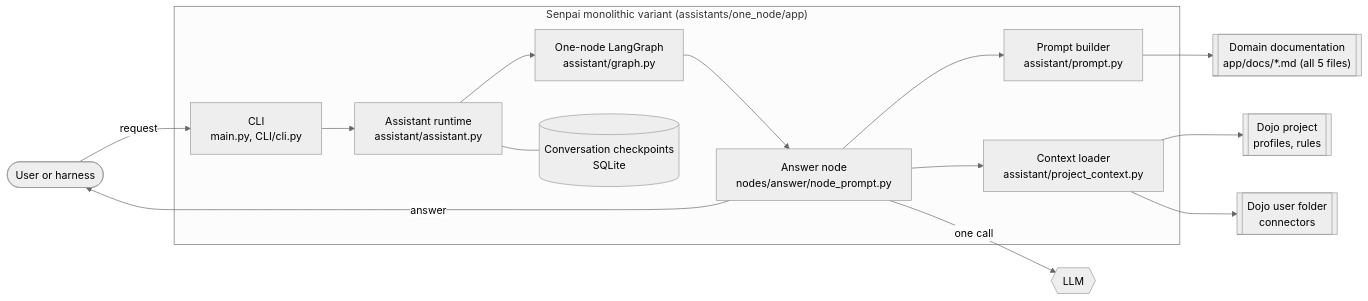
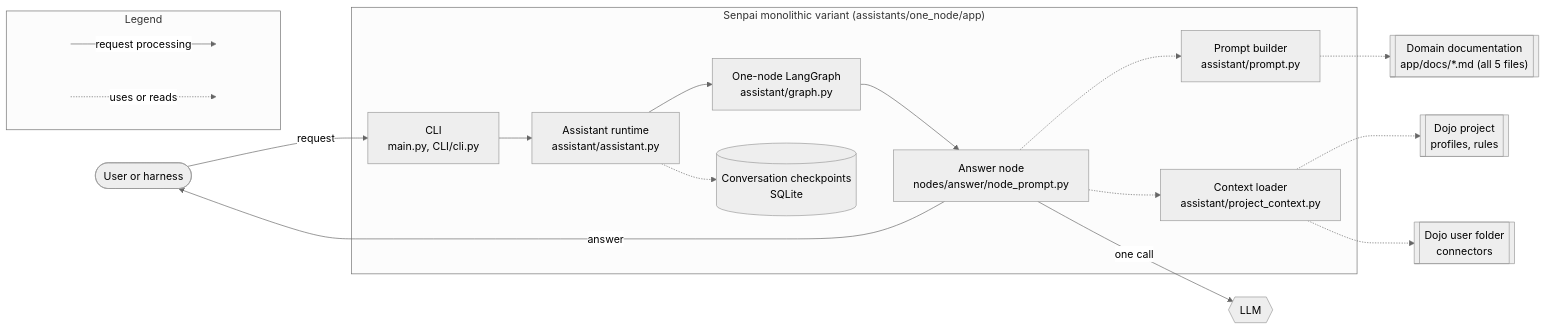
One commit to miso-booster/senpai-experiments changed the first of 2 diagrams in docs/architecture/monolithic.md. Above: the diagram before and after it, drawn with Mermaid (neutral theme). The commit also changed 2 other files, not shown here.

Commit message:
Distinguish request flow from uses/reads arrows in the component views, with a legend

````diff
--- a/docs/architecture/monolithic.md
+++ b/docs/architecture/monolithic.md
@@ -9,27 +9,34 @@
 ```mermaid
 flowchart LR
     user([User or harness])
     subgraph senpai["Senpai monolithic variant (assistants/one_node/app)"]
         cli["CLI<br/>main.py, CLI/cli.py"]
         asst["Assistant runtime<br/>assistant/assistant.py"]
         onegraph["One-node LangGraph<br/>assistant/graph.py"]
         node["Answer node<br/>nodes/answer/node_prompt.py"]
         prompt["Prompt builder<br/>assistant/prompt.py"]
         ctx["Context loader<br/>assistant/project_context.py"]
         mem[("Conversation checkpoints<br/>SQLite")]
     end
     docs[["Domain documentation<br/>app/docs/*.md (all 5 files)"]]
     proj[["Dojo project<br/>profiles, rules"]]
     usr[["Dojo user folder<br/>connectors"]]
     llm{{"LLM"}}
 
     user -->|request| cli --> asst --> onegraph --> node
-    asst --- mem
-    node --> prompt
-    node --> ctx
-    prompt --> docs
-    ctx --> proj
-    ctx --> usr
+    asst -.-> mem
+    node -.-> prompt
+    node -.-> ctx
+    prompt -.-> docs
+    ctx -.-> proj
+    ctx -.-> usr
     node -->|one call| llm
     node -->|answer| user
+
+    subgraph legend["Legend"]
+        direction LR
+        la[" "]:::ghost -->|request processing| lb[" "]:::ghost
+        lc[" "]:::ghost -.->|uses or reads| ld[" "]:::ghost
+    end
+    classDef ghost fill:none,stroke:none
 ```
````
